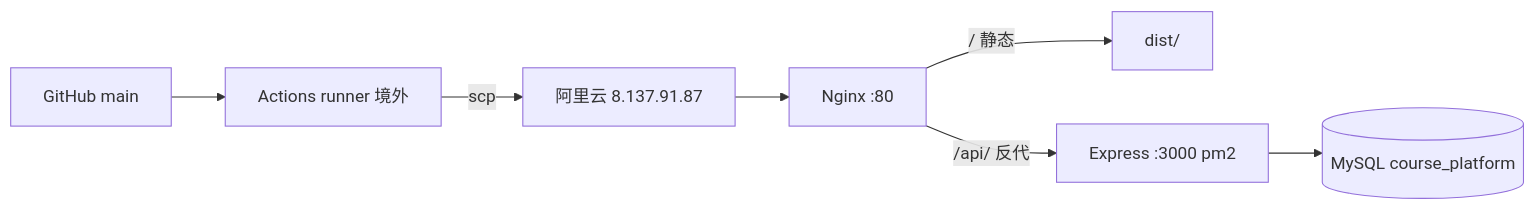
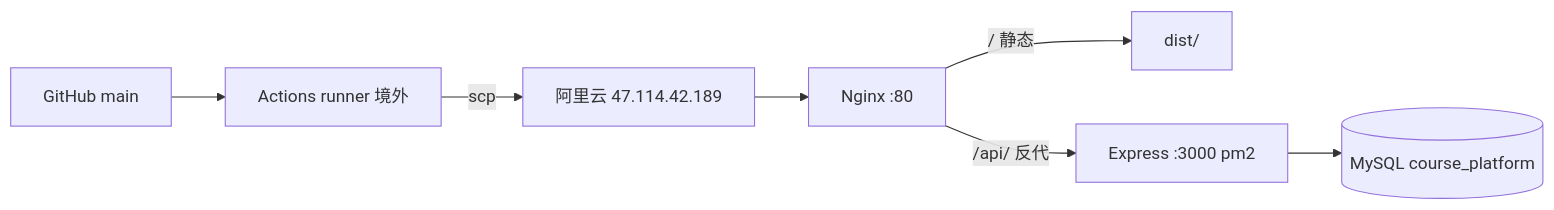
Before and after one commit to T-an-H/first-ancient: the first of 5 diagrams in 更新公告与共创者上传教程/部署过程.md, drawn with Mermaid. The commit also changed other lines of this file and 3 other files, not shown here.

````diff
--- a/更新公告与共创者上传教程/部署过程.md
+++ b/更新公告与共创者上传教程/部署过程.md
@@ -20,9 +20,9 @@
 ```mermaid
 flowchart LR
   GH["GitHub main"] --> ACT["Actions runner 境外"]
-  ACT -->|scp| ECS["阿里云 8.137.91.87"]
+  ACT -->|scp| ECS["阿里云 47.114.42.189"]
   ECS --> NGX["Nginx :80"]
   NGX -->|"/ 静态"| DIST["dist/"]
   NGX -->|"/api/ 反代"| API["Express :3000 pm2"]
   API --> DB[("MySQL course_platform")]
 ```
````
